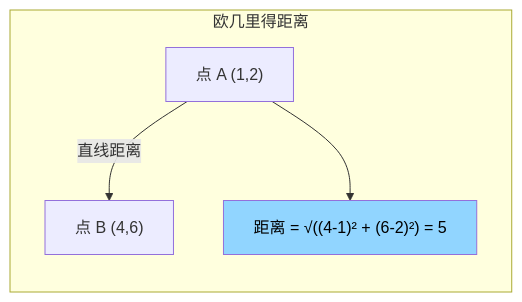
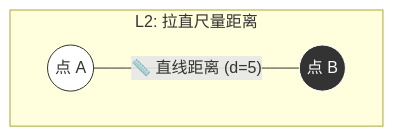
One commit to ThreeFish-AI/agentic-ai-cognizes changed diagram 21 of 36 in docs/research/003-vector-search-algorithm.md. Above: the diagram before and after it, drawn with Mermaid. The commit also changed other lines of this file, not shown here.

````diff
--- a/docs/research/003-vector-search-algorithm.md
+++ b/docs/research/003-vector-search-algorithm.md
@@ -1572,9 +1571,9 @@
 ```mermaid
 graph LR
-    subgraph "欧几里得距离"
-        A["点 A (1,2)"] --> |"直线距离"| B["点 B (4,6)"]
-        A --> C["距离 = √((4-1)² + (6-2)²) = 5"]
+    subgraph "L2: 拉直尺量距离"
+        direction LR
+        A((点 A)) --- |"📏 直线距离 (d=5)"| B((点 B))
+        style A fill:#fff,stroke:#333
+        style B fill:#333,stroke:#fff,color:#fff
     end
-
-    style C fill:#91d5ff,color:#000000
 ```
````
